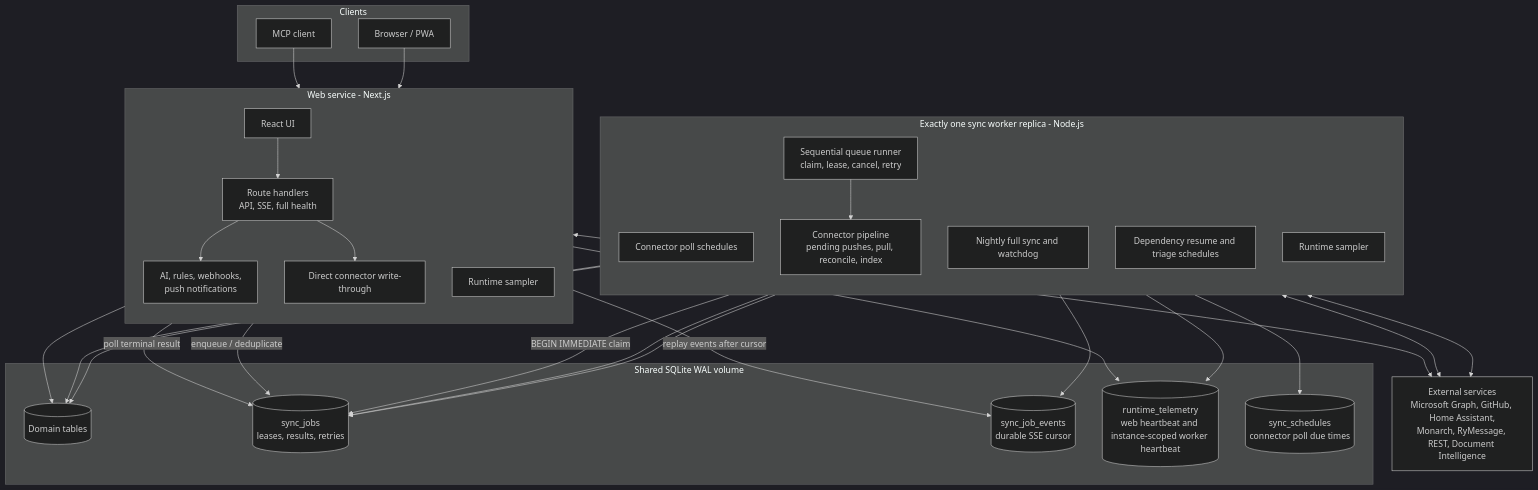
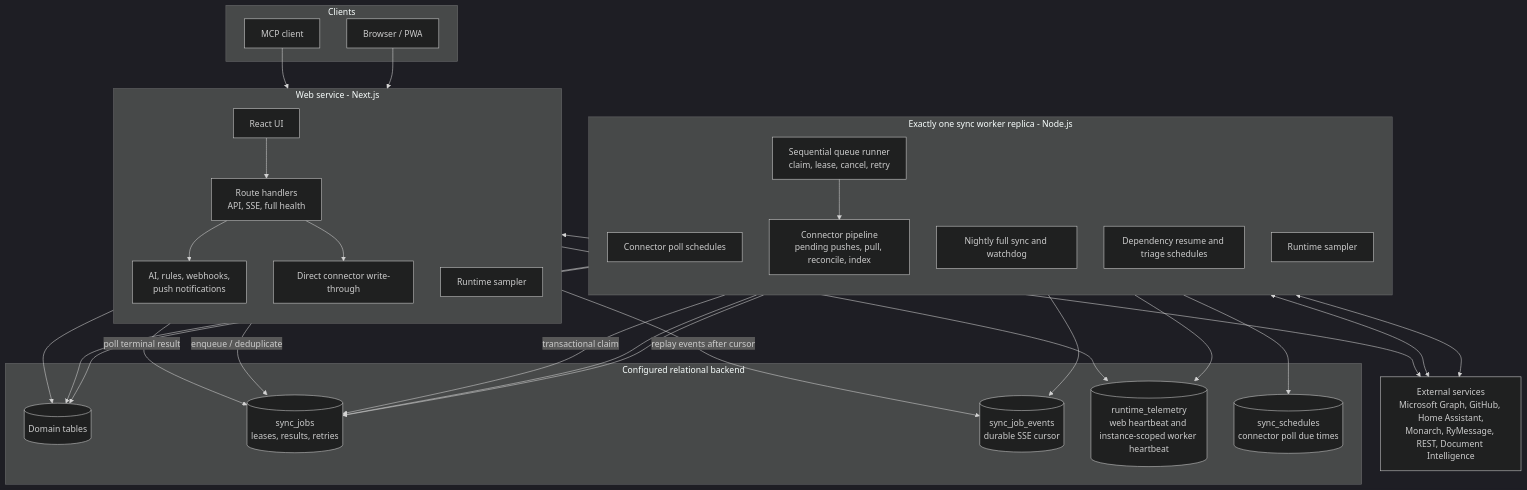
Before and after one commit to rsocko/mission-control: the first of 2 diagrams in docs/architecture/overview.md, drawn with Mermaid (dark theme). The commit also changed other lines of this file and 11 other files, not shown here.

Commit message:
docs: align architecture with PostgreSQL decision

````diff
--- a/docs/architecture/overview.md
+++ b/docs/architecture/overview.md
@@ -28,59 +28,59 @@
 ```mermaid
 flowchart TB
   subgraph Clients["Clients"]
     Browser["Browser / PWA"]
     MCP["MCP client"]
   end
 
   subgraph Web["Web service - Next.js"]
     direction TB
     UI["React UI"]
     API["Route handlers<br/>API, SSE, full health"]
     Writes["Direct connector write-through"]
     WebFeatures["AI, rules, webhooks,<br/>push notifications"]
     WebMetrics["Runtime sampler"]
   end
 
   subgraph Worker["Exactly one sync worker replica - Node.js"]
     direction TB
     PollSchedules["Connector poll schedules"]
     QueueSchedules["Nightly full sync and watchdog"]
     Maintenance["Dependency resume and triage schedules"]
     QueueRunner["Sequential queue runner<br/>claim, lease, cancel, retry"]
     Pipeline["Connector pipeline<br/>pending pushes, pull, reconcile, index"]
     WorkerMetrics["Runtime sampler"]
   end
 
-  subgraph Data["Shared SQLite WAL volume"]
+  subgraph Data["Configured relational backend"]
     Domain[("Domain tables")]
     Jobs[("sync_jobs<br/>leases, results, retries")]
     JobEvents[("sync_job_events<br/>durable SSE cursor")]
     Runtime[("runtime_telemetry<br/>web heartbeat and instance-scoped worker heartbeat")]
     DueTimes[("sync_schedules<br/>connector poll due times")]
   end
 
   Sources["External services<br/>Microsoft Graph, GitHub, Home Assistant,<br/>Monarch, RyMessage, REST, Document Intelligence"]
 
   Browser --> UI
   MCP --> API
   UI --> API
   API --> Domain
   API -->|"enqueue / deduplicate"| Jobs
   API -->|"poll terminal result"| Jobs
   API -->|"replay events after cursor"| JobEvents
   API --> WebFeatures
   Writes <--> Sources
   API --> Writes
   PollSchedules --> DueTimes
   PollSchedules --> Jobs
   QueueSchedules --> Jobs
   Maintenance --> Domain
   Maintenance <--> Sources
-  QueueRunner -->|"BEGIN IMMEDIATE claim"| Jobs
+  QueueRunner -->|"transactional claim"| Jobs
   QueueRunner --> Pipeline
   Pipeline <--> Sources
   Pipeline --> Domain
   Pipeline --> JobEvents
   WebMetrics --> Runtime
   WorkerMetrics --> Runtime
 ```
````
